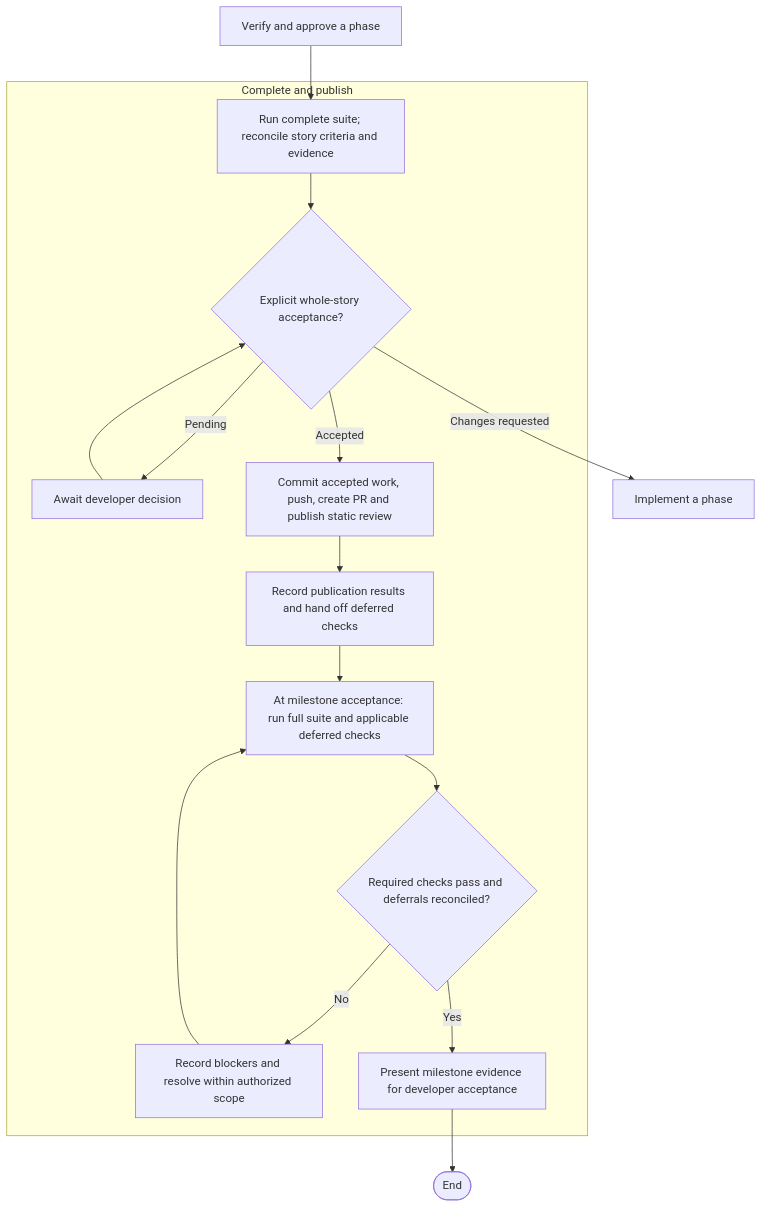
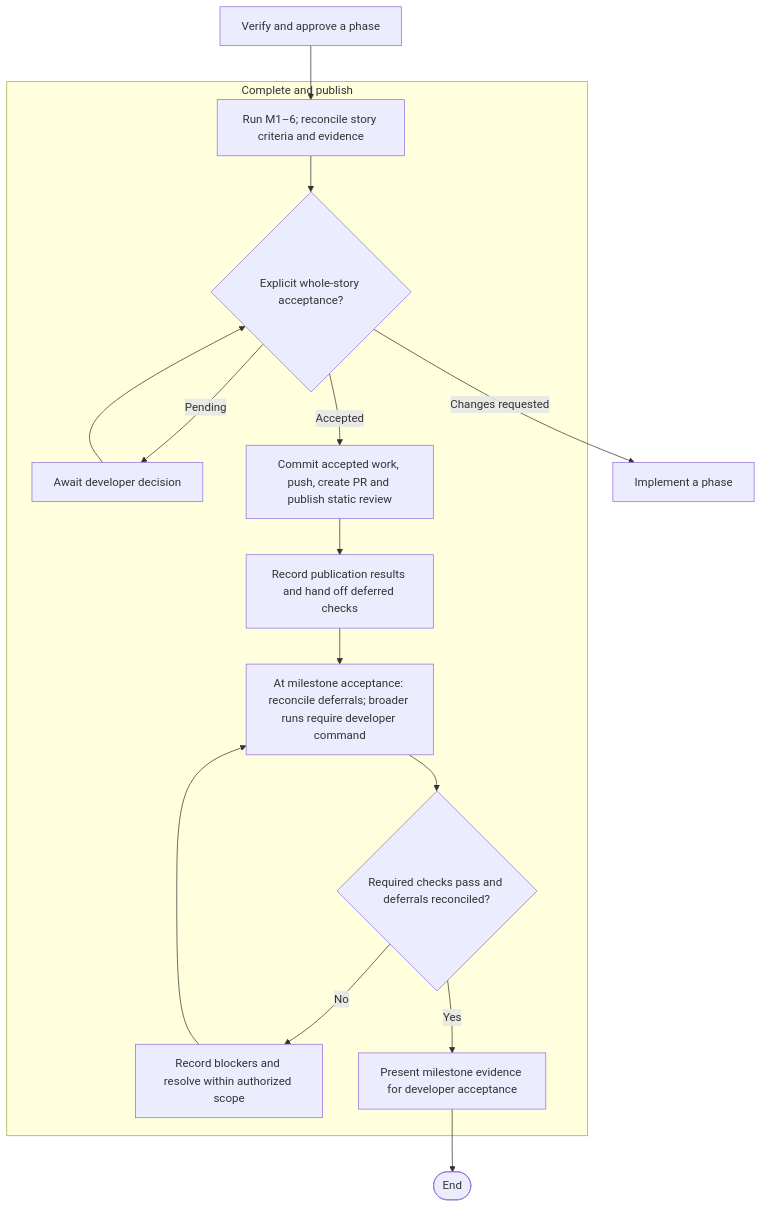
Before and after one commit to jimthompson5802/agentic-ml: the sixth of 6 diagrams in docs/development-workflow.md, drawn with Mermaid. The commit also changed other lines of this file and 24 other files, not shown here.

````diff
--- a/docs/development-workflow.md
+++ b/docs/development-workflow.md
@@ -127,18 +127,18 @@
 ```mermaid
 flowchart TD
     Before[Verify and approve a phase] --> A
     subgraph Complete[Complete and publish]
-        A[Run complete suite; reconcile story criteria and evidence] --> B{Explicit whole-story acceptance?}
+        A[Run M1–6; reconcile story criteria and evidence] --> B{Explicit whole-story acceptance?}
         B -- Pending --> C[Await developer decision]
         C --> B
         B -- Accepted --> D[Commit accepted work, push, create PR and publish static review]
         D --> E[Record publication results and hand off deferred checks]
-        E --> F[At milestone acceptance: run full suite and applicable deferred checks]
+        E --> F[At milestone acceptance: reconcile deferrals; broader runs require developer command]
         F --> G{Required checks pass and deferrals reconciled?}
         G -- No --> H[Record blockers and resolve within authorized scope]
         H --> F
         G -- Yes --> I[Present milestone evidence for developer acceptance]
     end
     B -- Changes requested --> Implement[Implement a phase]
     I --> End([End])
 ```
````
